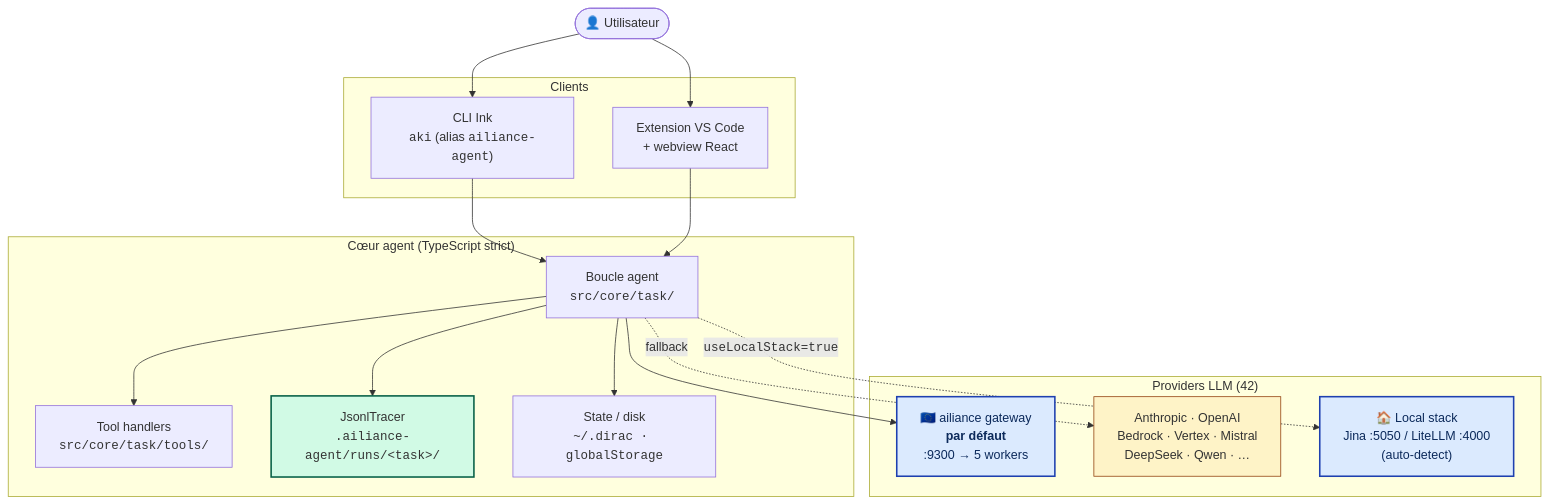
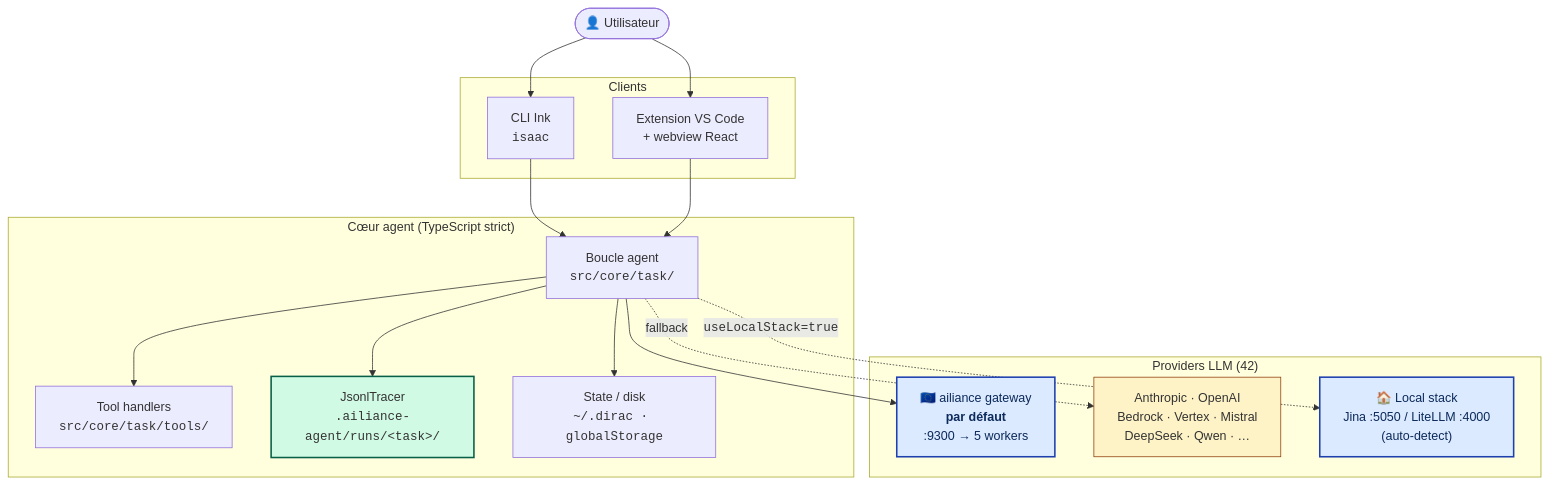
Before and after one commit to ailiance/ailiance-agent: the first of 5 diagrams in README.md, drawn with Mermaid. The commit also changed other lines of this file and 57 other files, not shown here.

First line of the commit message:
refactor(branding): rename aki to ISAAC (#43)

````diff
--- a/README.md
+++ b/README.md
@@ -30,40 +30,40 @@
 ```mermaid
 flowchart TB
     user([👤 Utilisateur])
 
     subgraph clients["Clients"]
-        cli["CLI Ink<br/><code>aki</code> (alias <code>ailiance-agent</code>)"]
+        cli["CLI Ink<br/><code>isaac</code> "]
         vscode["Extension VS Code<br/>+ webview React"]
     end
 
     subgraph core["Cœur agent (TypeScript strict)"]
         loop["Boucle agent<br/><code>src/core/task/</code>"]
         tools["Tool handlers<br/><code>src/core/task/tools/</code>"]
         tracer["JsonlTracer<br/><code>.ailiance-agent/runs/&lt;task&gt;/</code>"]
         store["State / disk<br/><code>~/.dirac · globalStorage</code>"]
         loop --> tools
         loop --> tracer
         loop --> store
     end
 
     subgraph providers["Providers LLM (42)"]
         ailiance["🇪🇺 ailiance gateway<br/><b>par défaut</b><br/>:9300 → 5 workers"]
         cloud["Anthropic · OpenAI<br/>Bedrock · Vertex · Mistral<br/>DeepSeek · Qwen · …"]
         local["🏠 Local stack<br/>Jina :5050 / LiteLLM :4000<br/>(auto-detect)"]
     end
 
     user --> cli
     user --> vscode
     cli --> loop
     vscode --> loop
     loop --> ailiance
     loop -.->|fallback| cloud
     loop -.->|<code>useLocalStack=true</code>| local
 
     classDef sov fill:#dbeafe,stroke:#1e40af,stroke-width:2px,color:#0c2a5b
     classDef ext fill:#fef3c7,stroke:#92400e
     classDef audit fill:#d1fae5,stroke:#065f46,stroke-width:2px
     class ailiance,local sov
     class cloud ext
     class tracer audit
 ```
````
